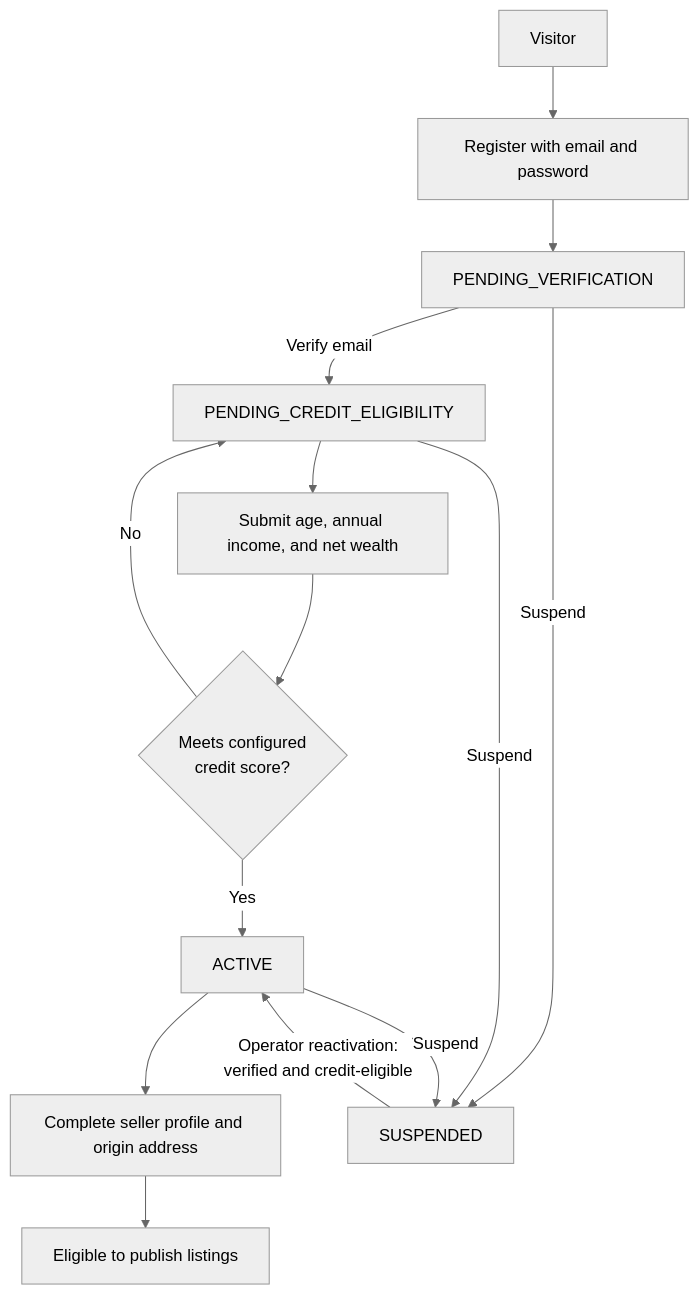
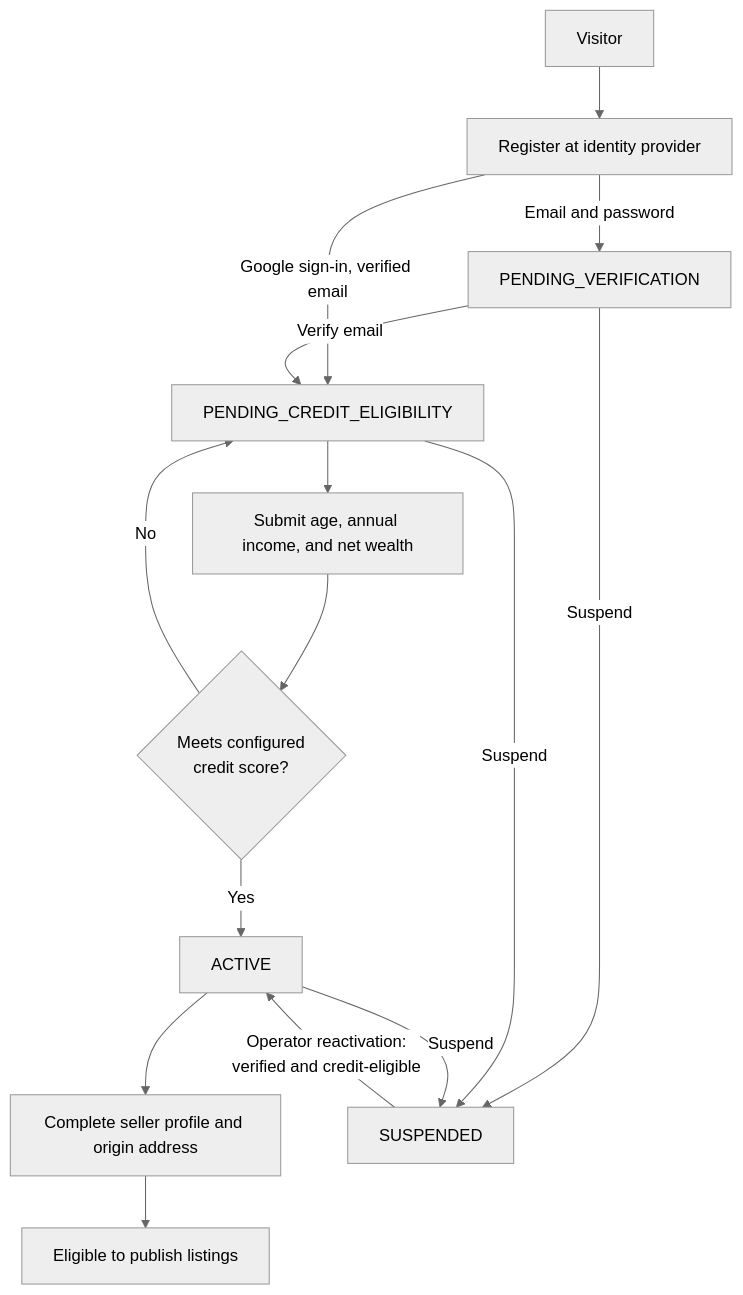
One commit to ruufimon/auction-kotlin changed the diagram in requirement.md. Above: the diagram before and after it, drawn with Mermaid (neutral theme). The commit also changed other lines of this file and 1 other file, not shown here.

First line of the commit message:
docs(requirement): Keycloak identity provider with Google sign-in (#60)

````diff
--- a/requirement.md
+++ b/requirement.md
@@ -86,17 +88,18 @@
 ```mermaid
 flowchart TD
-    Visitor[Visitor] --> Register[Register with email and password]
-    Register --> PendingVerification[PENDING_VERIFICATION]
-    PendingVerification -->|Verify email| PendingCredit[PENDING_CREDIT_ELIGIBILITY]
+    Visitor[Visitor] --> Register[Register at identity provider]
+    Register -->|Email and password| PendingVerification[PENDING_VERIFICATION]
+    Register -->|Google sign-in, verified email| PendingCredit[PENDING_CREDIT_ELIGIBILITY]
+    PendingVerification -->|Verify email| PendingCredit
     PendingCredit --> SubmitAssessment[Submit age, annual income, and net wealth]
     SubmitAssessment --> Score{Meets configured\ncredit score?}
     Score -->|Yes| Active[ACTIVE]
     Score -->|No| PendingCredit
     Active --> SellerProfile[Complete seller profile and origin address]
     SellerProfile --> EligibleSeller[Eligible to publish listings]
 
     PendingVerification -->|Suspend| Suspended[SUSPENDED]
     PendingCredit -->|Suspend| Suspended
     Active -->|Suspend| Suspended
     Suspended -->|Operator reactivation:\nverified and credit-eligible| Active
 ```
````
